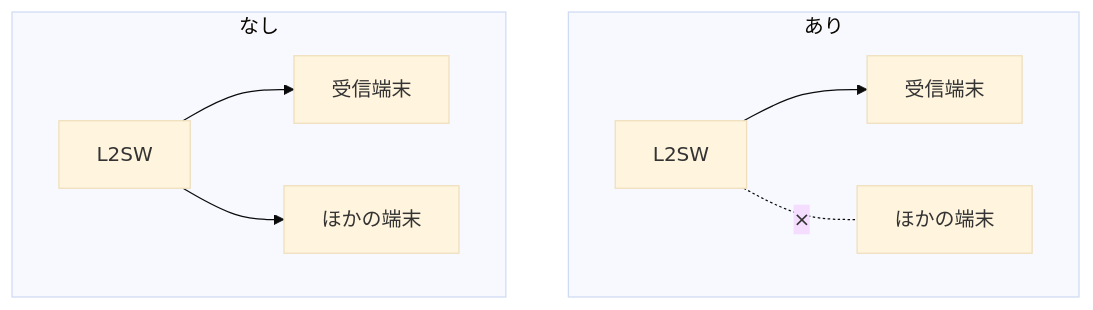
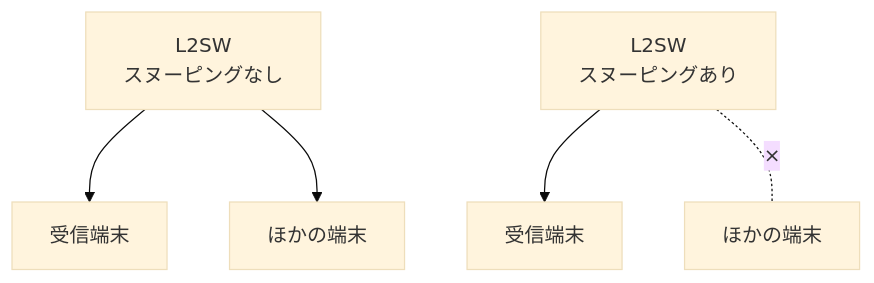
Before and after one commit to nnnaanaa/document: the third of 4 diagrams in network/routing/multicast.md, drawn with Mermaid (base theme). The commit also changed other lines of this file and 1 other file, not shown here.

Commit message:
IPsec・マルチキャスト暗記シートの図をさらに詰める

````diff
--- a/network/routing/multicast.md
+++ b/network/routing/multicast.md
@@ -128,14 +128,7 @@
 ```mermaid
-flowchart LR
-  subgraph OFF["なし"]
-    direction LR
-    A1["L2SW"] --> B1["受信端末"]
-    A1 --> C1["ほかの端末"]
-  end
-  subgraph ON["あり"]
-    direction LR
-    A2["L2SW"] --> B2["受信端末"]
-    A2 -. "×" .- C2["ほかの端末"]
-  end
-  OFF ~~~ ON
+flowchart TB
+  A1["L2SW<br>スヌーピングなし"] --> B1["受信端末"]
+  A1 --> C1["ほかの端末"]
+  A2["L2SW<br>スヌーピングあり"] --> B2["受信端末"]
+  A2 -. "×" .- C2["ほかの端末"]
 ```
````
